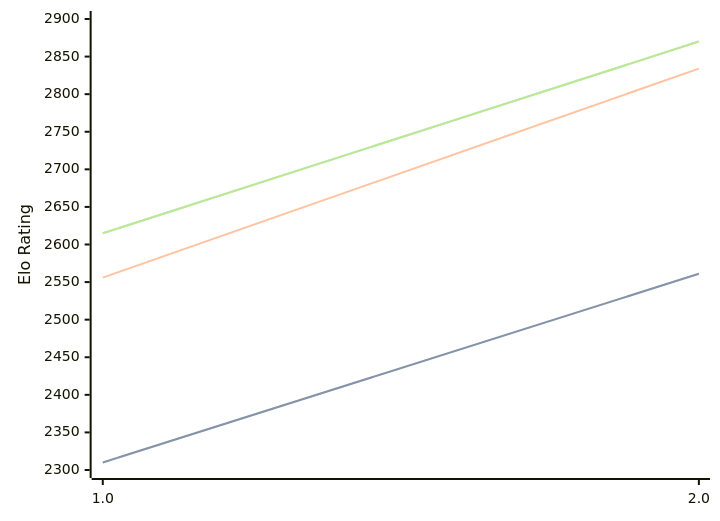
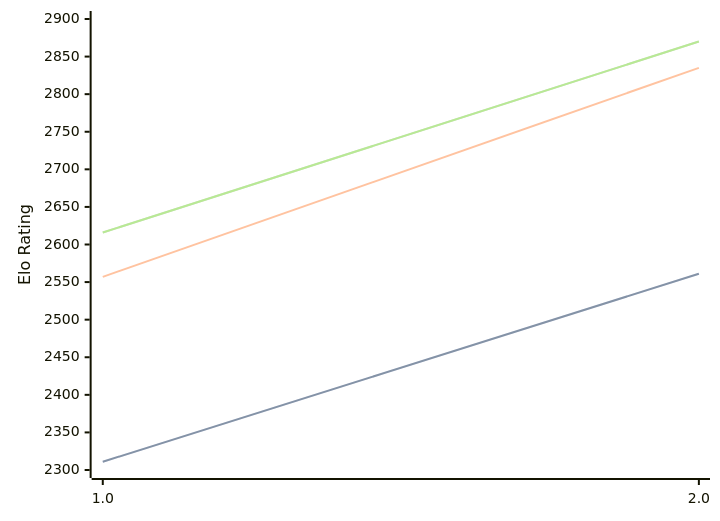
The diagram in engines/Revolver.md (computer-chess-index/cci), drawn with Mermaid before and after one commit. The commit also changed other lines of this file, not shown here.

Commit message:
Update CCI Ratings (ELO VLTC) - 2026-05-17

````diff
--- a/engines/Revolver.md
+++ b/engines/Revolver.md
@@ -32,11 +32,11 @@
 ```mermaid
 %%{init: {"theme":"base","themeVariables":{"seriesColors:['#a3a3a3','#222221','#faa371']}}}%%
 xychart-beta
   x-axis ["1.0", "2.0"]
   y-axis "Elo Rating" 2300 --> 2900
-  line "STC (8.0+0.08s)" [2310, 2561]
-  line "STC (8.0+0.08s)" [2310, 2561]
-  line "LTC (60.0+0.60s)" [2556, 2834]
-  line "VLTC (2m24s+1.12s)" [2615, 2870]
-  line "VLTC (2m24s+1.12s)" [2615, 2870]
+  line "STC (8.0+0.08s)" [2311, 2561]
+  line "STC (8.0+0.08s)" [2311, 2561]
+  line "LTC (60.0+0.60s)" [2557, 2835]
+  line "VLTC (2m24s+1.12s)" [2616, 2870]
+  line "VLTC (2m24s+1.12s)" [2616, 2870]
 ```
````
